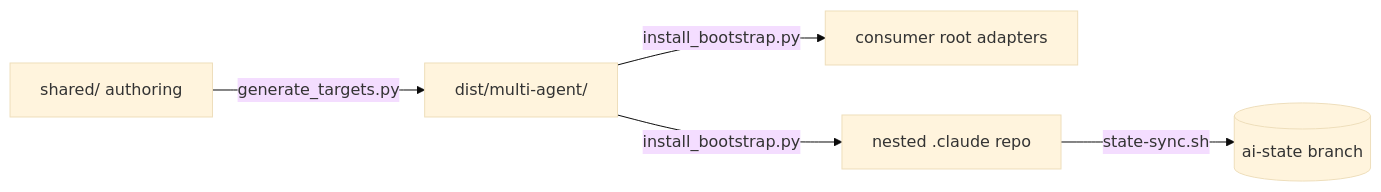
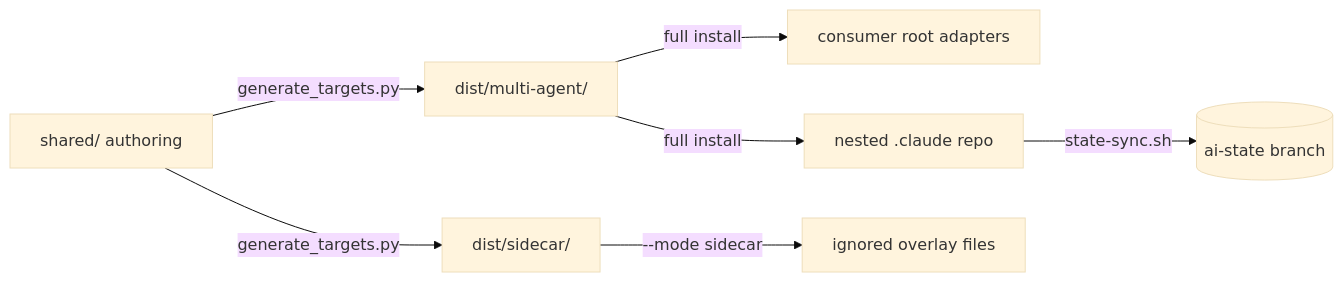
Before and after one commit to Ghisso/github_copilot_bootstrap: the diagram in openwiki/architecture/source-generated-consumer-layout.md, drawn with Mermaid (base theme). The commit also changed other lines of this file and 15 other files, not shown here.

````diff
--- a/openwiki/architecture/source-generated-consumer-layout.md
+++ b/openwiki/architecture/source-generated-consumer-layout.md
@@ -35,7 +39,9 @@
 ```mermaid
 flowchart LR
     S[shared/ authoring] -->|generate_targets.py| D[dist/multi-agent/]
-    D -->|install_bootstrap.py| C[consumer root adapters]
-    D -->|install_bootstrap.py| N[nested .claude repo]
+    S -->|generate_targets.py| SC[dist/sidecar/]
+    D -->|full install| C[consumer root adapters]
+    D -->|full install| N[nested .claude repo]
     N -->|state-sync.sh| R[(ai-state branch)]
+    SC -->|--mode sidecar| O[ignored overlay files]
 ```
````
